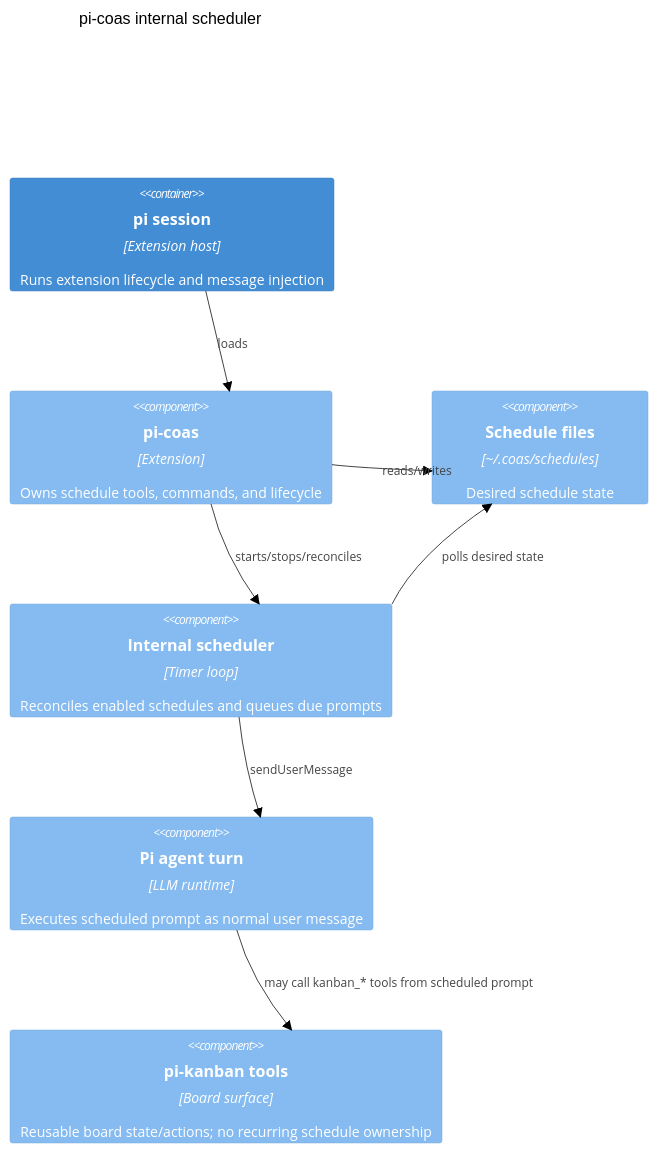
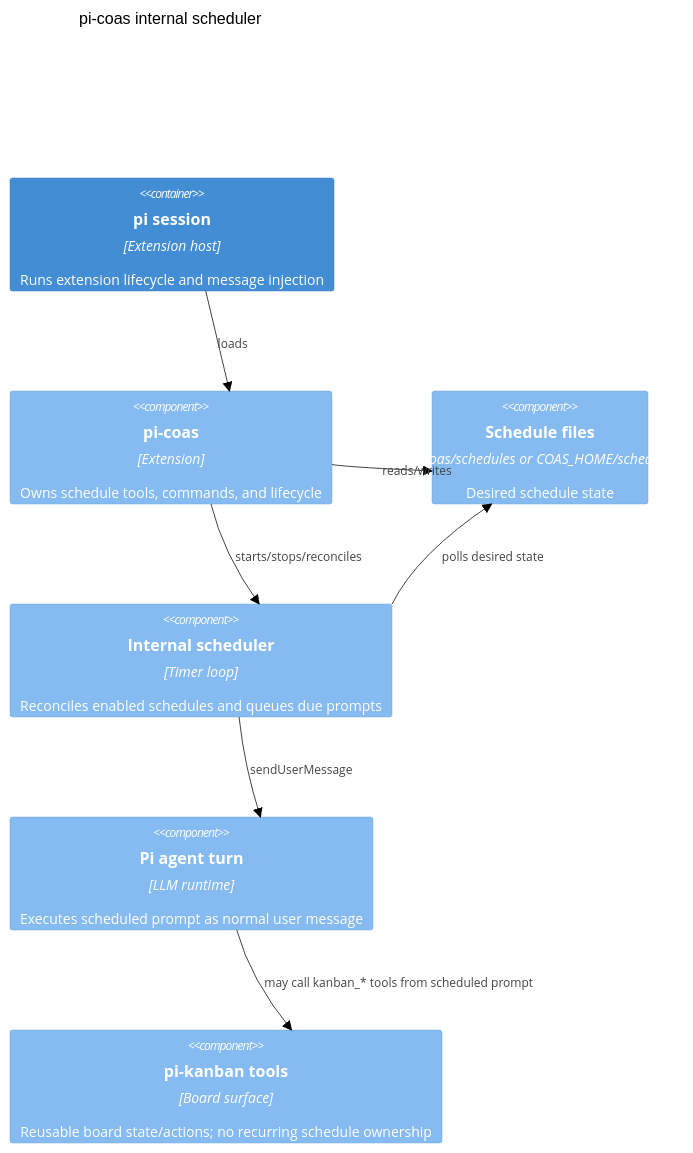
Before and after one commit to tS7hKamAYL84j91/pi-tools-and-skills: diagram 13 of 14 in docs/architecture.md, drawn with Mermaid (forest theme). The commit also changed other lines of this file and 10 other files, not shown here.

````diff
--- a/docs/architecture.md
+++ b/docs/architecture.md
@@ -508,16 +508,16 @@
 ```mermaid
 C4Component
     title pi-coas internal scheduler
     Container(pi, "pi session", "Extension host", "Runs extension lifecycle and message injection")
     Component(coas, "pi-coas", "Extension", "Owns schedule tools, commands, and lifecycle")
-    Component(files, "Schedule files", "~/.coas/schedules", "Desired schedule state")
+    Component(files, "Schedule files", ".pi/coas/schedules or COAS_HOME/schedules", "Desired schedule state")
     Component(scheduler, "Internal scheduler", "Timer loop", "Reconciles enabled schedules and queues due prompts")
     Component(agent, "Pi agent turn", "LLM runtime", "Executes scheduled prompt as normal user message")
     Component(kanban, "pi-kanban tools", "Board surface", "Reusable board state/actions; no recurring schedule ownership")
     Rel(pi, coas, "loads")
     Rel(coas, files, "reads/writes")
     Rel(coas, scheduler, "starts/stops/reconciles")
     Rel(scheduler, files, "polls desired state")
     Rel(scheduler, agent, "sendUserMessage")
     Rel(agent, kanban, "may call kanban_* tools from scheduled prompt")
 ```
````
